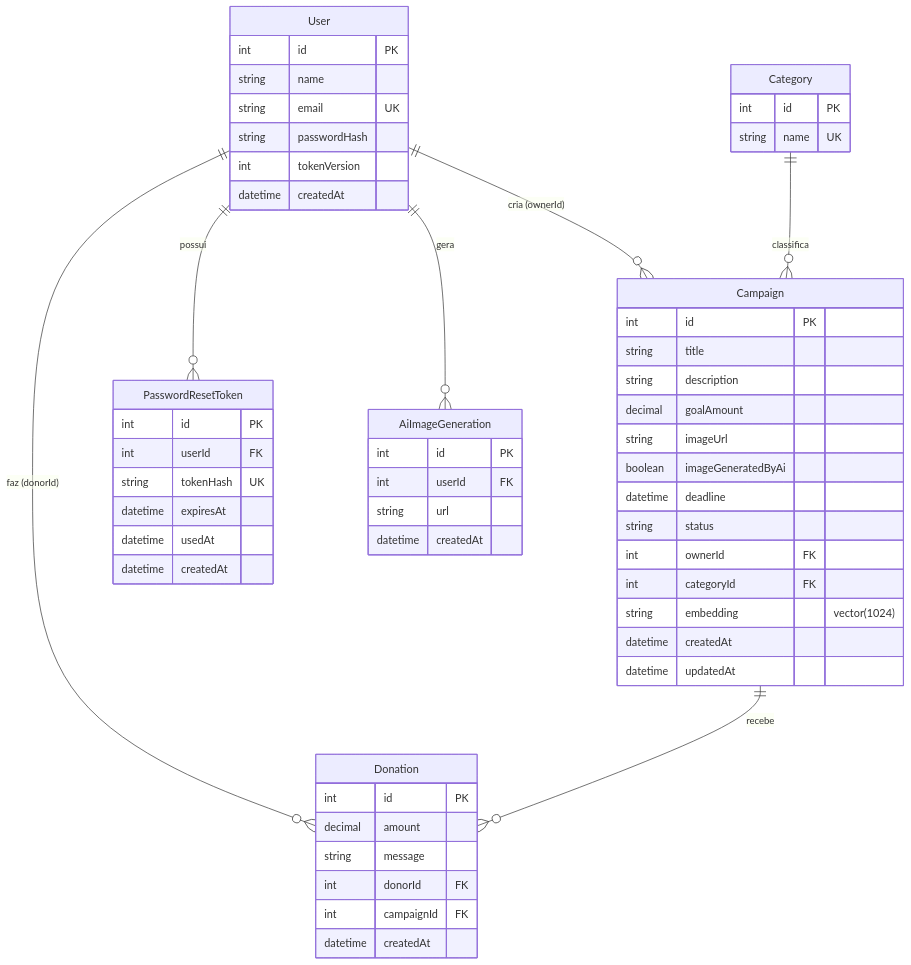
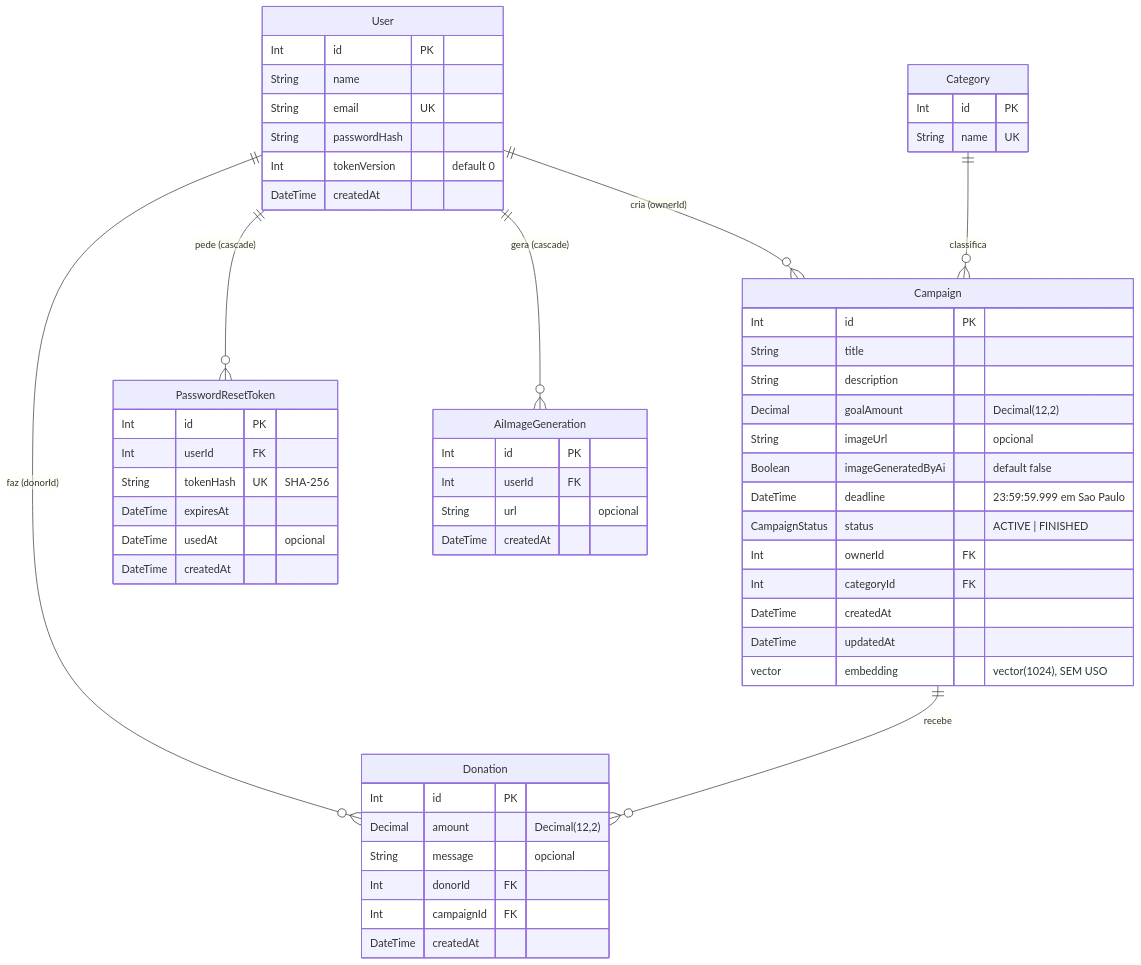
The third of 3 diagrams in README.md (hugordm/projeto-estagio6na-plataforma-crowdfunding), drawn with Mermaid before and after one commit. The commit also changed other lines of this file and 2 other files, not shown here.

````diff
--- a/README.md
+++ b/README.md
@@ -252,59 +225,59 @@
 ```mermaid
 erDiagram
-  User ||--o{ Campaign : "cria (ownerId)"
-  User ||--o{ Donation : "faz (donorId)"
-  User ||--o{ PasswordResetToken : "possui"
-  User ||--o{ AiImageGeneration : "gera"
-  Category ||--o{ Campaign : "classifica"
-  Campaign ||--o{ Donation : "recebe"
+    User ||--o{ Campaign : "cria (ownerId)"
+    User ||--o{ Donation : "faz (donorId)"
+    User ||--o{ PasswordResetToken : "pede (cascade)"
+    User ||--o{ AiImageGeneration : "gera (cascade)"
+    Category ||--o{ Campaign : "classifica"
+    Campaign ||--o{ Donation : "recebe"
 
-  User {
-    int id PK
-    string name
-    string email UK
-    string passwordHash
-    int tokenVersion
-    datetime createdAt
-  }
-  Category {
-    int id PK
-    string name UK
-  }
-  Campaign {
-    int id PK
-    string title
-    string description
-    decimal goalAmount
-    string imageUrl
-    boolean imageGeneratedByAi
-    datetime deadline
-    string status
-    int ownerId FK
-    int categoryId FK
-    string embedding "vector(1024)"
-    datetime createdAt
-    datetime updatedAt
-  }
-  Donation {
-    int id PK
-    decimal amount
-    string message
-    int donorId FK
-    int campaignId FK
-    datetime createdAt
-  }
-  PasswordResetToken {
-    int id PK
-    int userId FK
-    string tokenHash UK
-    datetime expiresAt
-    datetime usedAt
-    datetime createdAt
-  }
-  AiImageGeneration {
-    int id PK
-    int userId FK
-    string url
-    datetime createdAt
-  }
+    User {
+        Int id PK
+        String name
+        String email UK
+        String passwordHash
+        Int tokenVersion "default 0"
+        DateTime createdAt
+    }
+    Category {
+        Int id PK
+        String name UK
+    }
+    Campaign {
+        Int id PK
+        String title
+        String description
+        Decimal goalAmount "Decimal(12,2)"
+        String imageUrl "opcional"
+        Boolean imageGeneratedByAi "default false"
+        DateTime deadline "23:59:59.999 em Sao Paulo"
+        CampaignStatus status "ACTIVE | FINISHED"
+        Int ownerId FK
+        Int categoryId FK
+        DateTime createdAt
+        DateTime updatedAt
+        vector embedding "vector(1024), SEM USO"
+    }
+    Donation {
+        Int id PK
+        Decimal amount "Decimal(12,2)"
+        String message "opcional"
+        Int donorId FK
+        Int campaignId FK
+        DateTime createdAt
+    }
+    PasswordResetToken {
+        Int id PK
+        Int userId FK
+        String tokenHash UK "SHA-256"
+        DateTime expiresAt
+        DateTime usedAt "opcional"
+        DateTime createdAt
+    }
+    AiImageGeneration {
+        Int id PK
+        Int userId FK
+        String url "opcional"
+        DateTime createdAt
+    }
 ```
````
